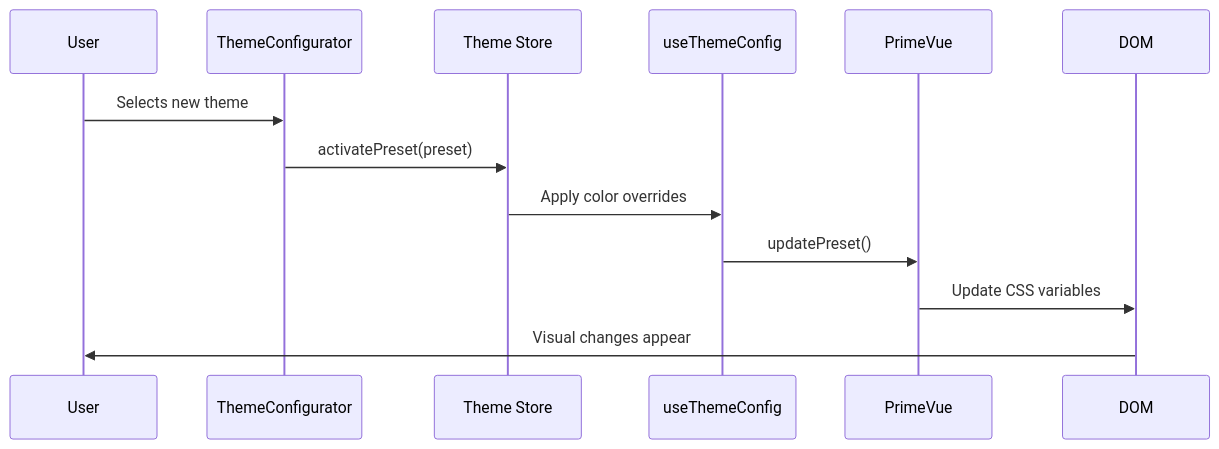
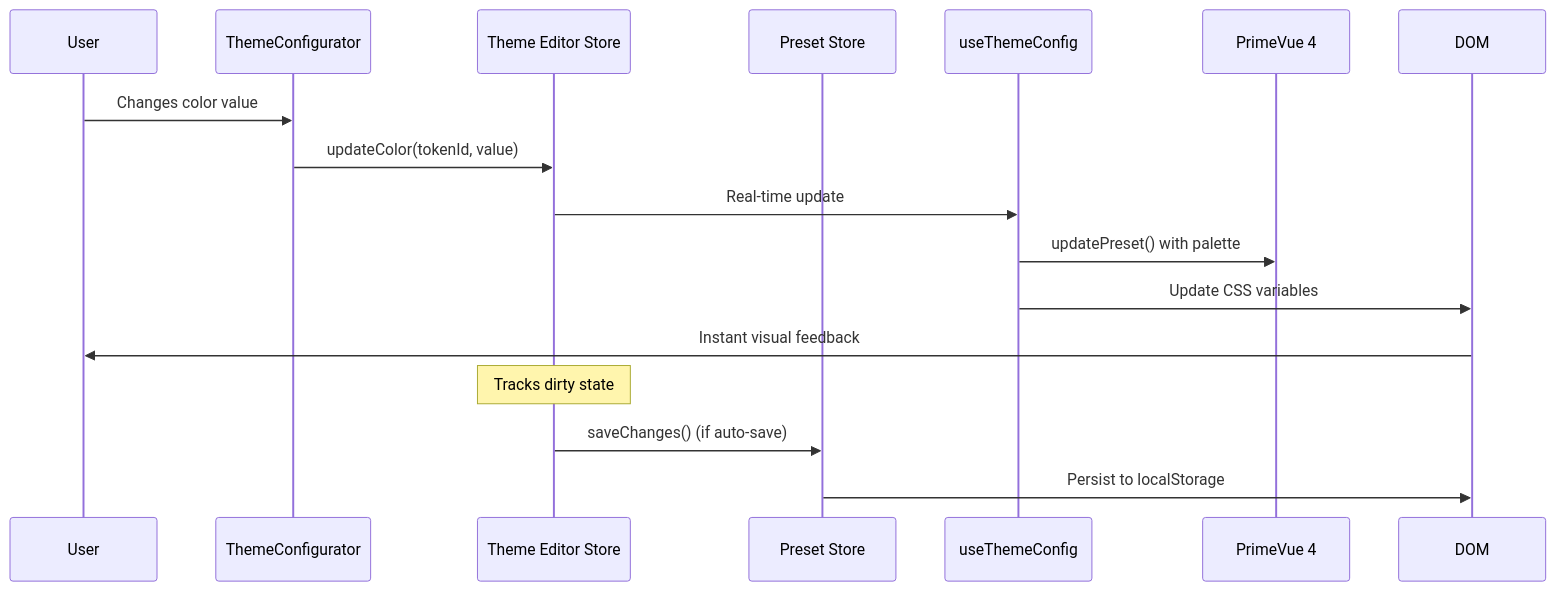
The second of 3 diagrams in THEME_SYSTEM_DOCUMENTATION.md (nmcnair22/Triton_base), drawn with Mermaid before and after one commit. The commit also changed other lines of this file, not shown here.

Commit message:
Refactor theme system with split stores and performance optimizations

````diff
--- a/THEME_SYSTEM_DOCUMENTATION.md
+++ b/THEME_SYSTEM_DOCUMENTATION.md
@@ -232,16 +412,21 @@
 ```mermaid
 sequenceDiagram
     participant User
     participant UI as ThemeConfigurator
-    participant Store as Theme Store
-    participant Config as useThemeConfig
-    participant PV as PrimeVue
+    participant EditorStore as Theme Editor Store
+    participant PresetStore as Preset Store
+    participant ThemeConfig as useThemeConfig
+    participant PV as PrimeVue 4
     participant DOM
 
-    User->>UI: Selects new theme
-    UI->>Store: activatePreset(preset)
-    Store->>Config: Apply color overrides
-    Config->>PV: updatePreset()
-    PV->>DOM: Update CSS variables
-    DOM->>User: Visual changes appear
+    User->>UI: Changes color value
+    UI->>EditorStore: updateColor(tokenId, value)
+    EditorStore->>ThemeConfig: Real-time update
+    ThemeConfig->>PV: updatePreset() with palette
+    ThemeConfig->>DOM: Update CSS variables
+    DOM->>User: Instant visual feedback
+    
+    Note over EditorStore: Tracks dirty state
+    EditorStore->>PresetStore: saveChanges() (if auto-save)
+    PresetStore->>DOM: Persist to localStorage
 ```
````
